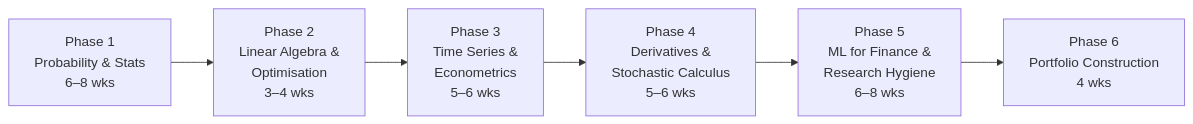
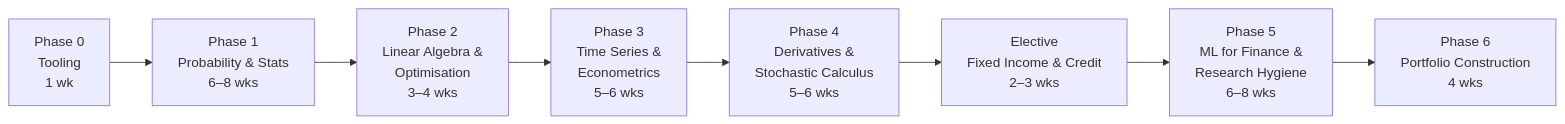
One commit to MichaelF102/Quant-Resources changed the diagram in roadmaps/quant-researcher.md. Above: the diagram before and after it, drawn with Mermaid. The commit also changed other lines of this file and 21 other files, not shown here.

Commit message:
Add cheatsheets, projects, roadmaps, and career guides update

````diff
--- a/roadmaps/quant-researcher.md
+++ b/roadmaps/quant-researcher.md
@@ -7,8 +7,10 @@
 ```mermaid
 flowchart LR
-    P1[Phase 1<br/>Probability & Stats<br/>6–8 wks] --> P2[Phase 2<br/>Linear Algebra &<br/>Optimisation<br/>3–4 wks]
+    P0[Phase 0<br/>Tooling<br/>1 wk] --> P1[Phase 1<br/>Probability & Stats<br/>6–8 wks]
+    P1 --> P2[Phase 2<br/>Linear Algebra &<br/>Optimisation<br/>3–4 wks]
     P2 --> P3[Phase 3<br/>Time Series &<br/>Econometrics<br/>5–6 wks]
     P3 --> P4[Phase 4<br/>Derivatives &<br/>Stochastic Calculus<br/>5–6 wks]
-    P4 --> P5[Phase 5<br/>ML for Finance &<br/>Research Hygiene<br/>6–8 wks]
+    P4 --> E1[Elective<br/>Fixed Income & Credit<br/>2–3 wks]
+    E1 --> P5[Phase 5<br/>ML for Finance &<br/>Research Hygiene<br/>6–8 wks]
     P5 --> P6[Phase 6<br/>Portfolio Construction<br/>4 wks]
 ```
````
